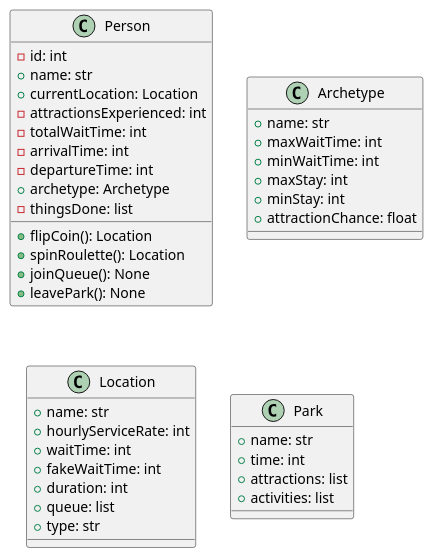
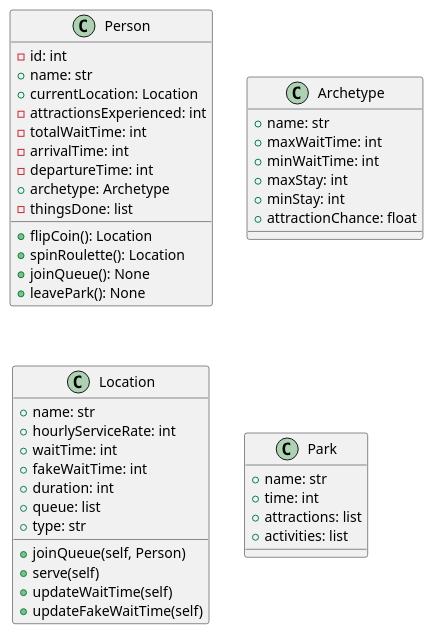
The diagram in 7mo Semestre/Simulación Digital/Proyecto Final/Desarrollo/Planning/Class Diagrams/Park.plantuml (MrDahaniel/uisFiles), drawn with PlantUML before and after one commit. The commit also changed 2 other files, not shown here.

```diff
--- a/7mo Semestre/Simulación Digital/Proyecto Final/Desarrollo/Planning/Class Diagrams/Park.plantuml
+++ b/7mo Semestre/Simulación Digital/Proyecto Final/Desarrollo/Planning/Class Diagrams/Park.plantuml
@@ -1,65 +1,68 @@
 @startuml
 
      ' skinparam style strictuml
      skinparam defaultTextAlignment center
 
      ' Class Declaration
      class Person {
           ' Variables
           -id: int
           +name: str
           +currentLocation: Location
           -attractionsExperienced: int
           -totalWaitTime: int
           -arrivalTime: int
           -departureTime: int
           +archetype: Archetype
           -thingsDone: list
 
           ' Methods
           +flipCoin(): Location
           +spinRoulette(): Location
           +joinQueue(): None
           +leavePark(): None
      }
 
      class Archetype {
           ' Variables
           +name: str
           +maxWaitTime: int
           +minWaitTime: int
           +maxStay: int
           +minStay: int
           +attractionChance: float
 
           ' Methods
 
      }
 
      class Location {
           ' Variables
           +name: str
           +hourlyServiceRate: int
           +waitTime: int
           +fakeWaitTime: int
           +duration: int
           +queue: list
           +type: str
 
           ' Methods
-
+          +joinQueue(self, Person)
+          +serve(self)
+          +updateWaitTime(self)
+          +updateFakeWaitTime(self)
      }
 
      class Park {
           ' Variables
           +name: str
           +time: int
           +attractions: list
           +activities: list
 
           ' Methods
      }
 
      ' Relationships
 
 @enduml
```
